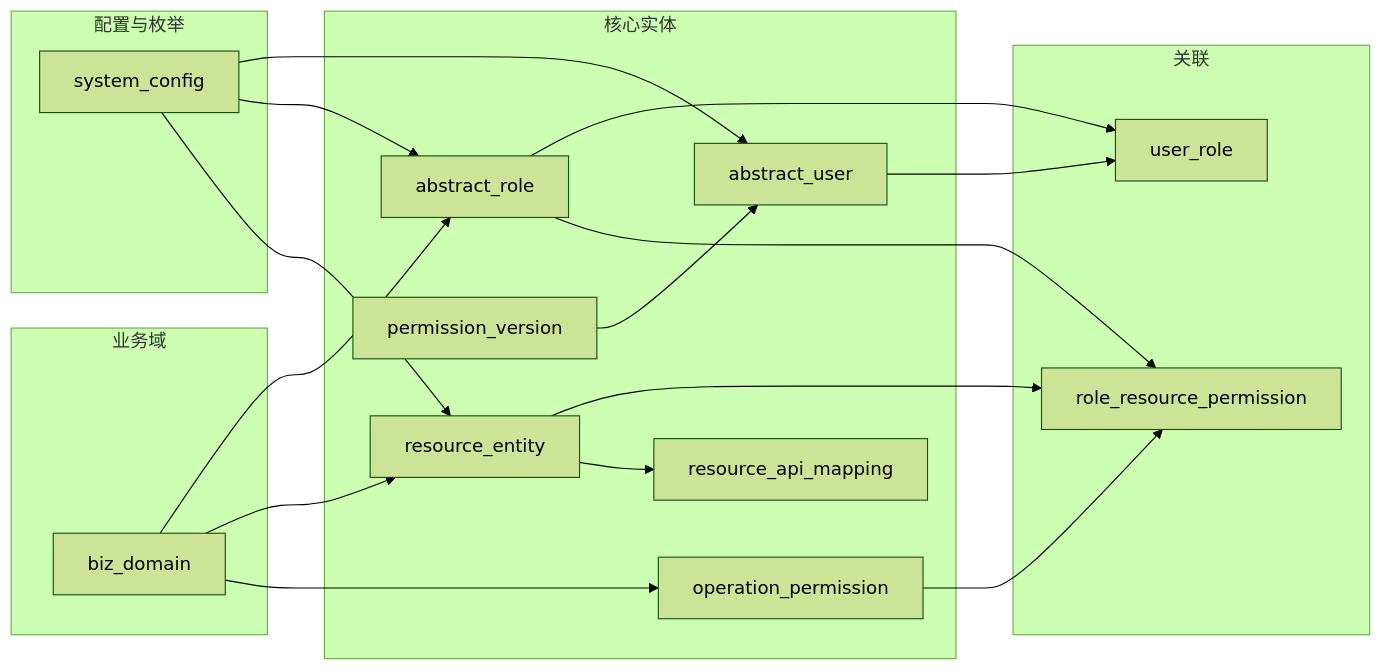
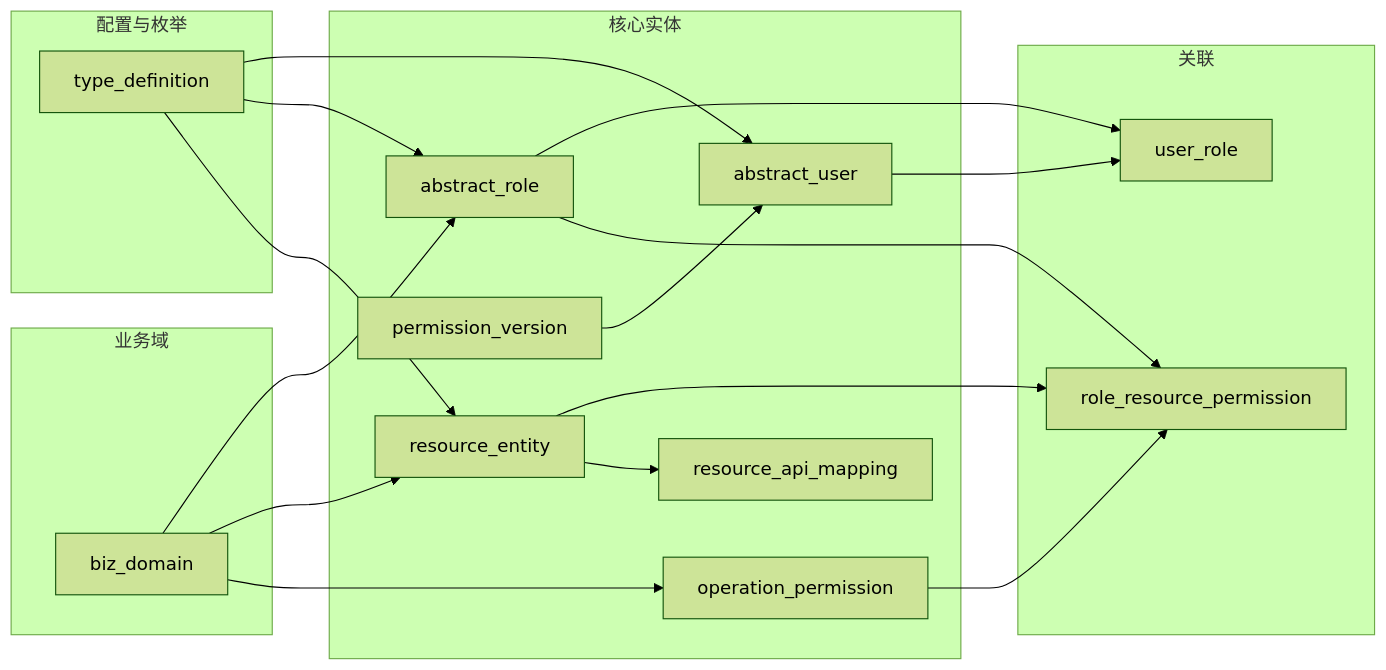
One commit to fage-org/Access-Mesh changed the diagram in ruoyi-modules/ruoyi-permission-center/docs/设计说明.md. Above: the diagram before and after it, drawn with Mermaid (forest theme). The commit also changed other lines of this file and 42 other files, not shown here.

````diff
--- a/ruoyi-modules/ruoyi-permission-center/docs/设计说明.md
+++ b/ruoyi-modules/ruoyi-permission-center/docs/设计说明.md
@@ -53,34 +53,34 @@
 ```mermaid
 flowchart LR
     subgraph domain [业务域]
         BizDomain[biz_domain]
     end
     subgraph core [核心实体]
         AbstractUser[abstract_user]
         AbstractRole[abstract_role]
         ResourceEntity[resource_entity]
         ResourceApiMapping[resource_api_mapping]
         OperationPermission[operation_permission]
         PermissionVersion[permission_version]
     end
     subgraph config [配置与枚举]
-        SystemConfig[system_config]
+        TypeDefinition[type_definition]
     end
     subgraph relation [关联]
         UserRole[user_role]
         RoleResourcePermission[role_resource_permission]
     end
     BizDomain --> AbstractRole
     BizDomain --> ResourceEntity
     BizDomain --> OperationPermission
-    SystemConfig --> AbstractUser
-    SystemConfig --> AbstractRole
-    SystemConfig --> ResourceEntity
+    TypeDefinition --> AbstractUser
+    TypeDefinition --> AbstractRole
+    TypeDefinition --> ResourceEntity
     AbstractUser --> UserRole
     AbstractRole --> UserRole
     AbstractRole --> RoleResourcePermission
     ResourceEntity --> RoleResourcePermission
     ResourceEntity --> ResourceApiMapping
     OperationPermission --> RoleResourcePermission
     PermissionVersion --> AbstractUser
 ```
````
